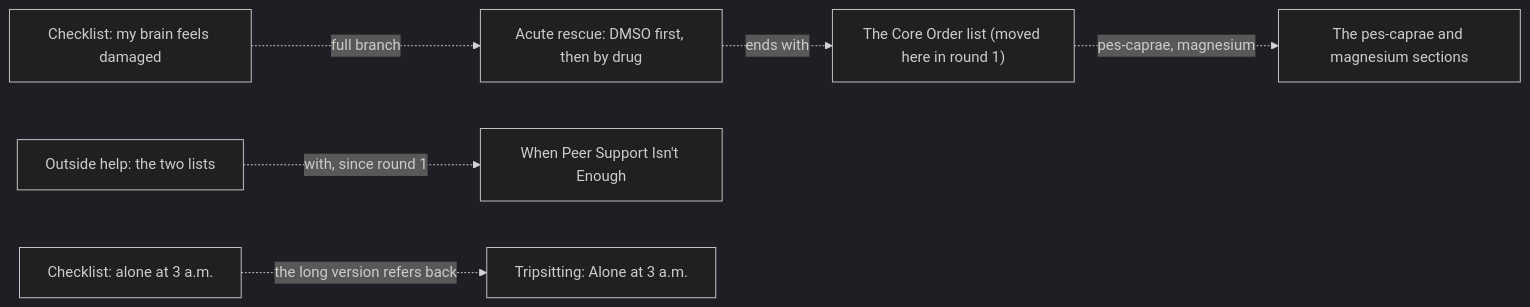
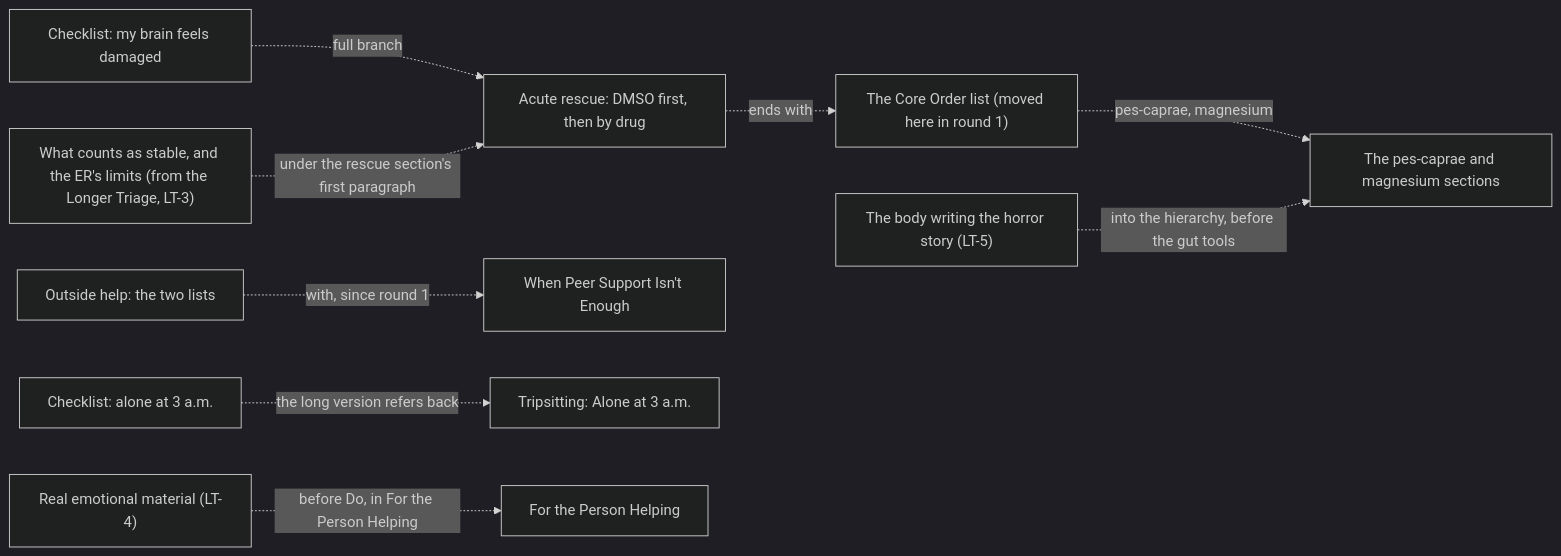
The second of 2 diagrams in articles/bad-trips/ARCHITECTURE.md (u-dont-existDOTcom/joel-articles), drawn with Mermaid (dark theme) before and after one commit. The commit also changed other lines of this file and 24 other files, not shown here.

````diff
--- a/articles/bad-trips/ARCHITECTURE.md
+++ b/articles/bad-trips/ARCHITECTURE.md
@@ -37,8 +38,11 @@
 ```mermaid
 flowchart LR
     brain["Checklist: my brain feels damaged"] -. "full branch" .-> rescue["Acute rescue: DMSO first, then by drug"]
     rescue -. "ends with" .-> core["The Core Order list (moved here in round 1)"]
     core -. "pes-caprae, magnesium" .-> rem["The pes-caprae and magnesium sections"]
     help["Outside help: the two lists"] -. "with, since round 1" .-> peer["When Peer Support Isn't Enough"]
     chk3am["Checklist: alone at 3 a.m."] -. "the long version refers back" .-> long3am["Tripsitting: Alone at 3 a.m."]
+    stable["What counts as stable, and the ER's limits (from the Longer Triage, LT-3)"] -. "under the rescue section's first paragraph" .-> rescue
+    emo["Real emotional material (LT-4)"] -. "before Do, in For the Person Helping" .-> sit2["For the Person Helping"]
+    horror["The body writing the horror story (LT-5)"] -. "into the hierarchy, before the gut tools" .-> rem
 ```
````
